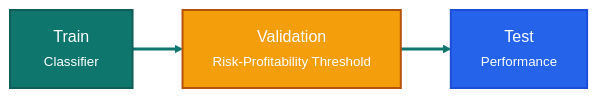
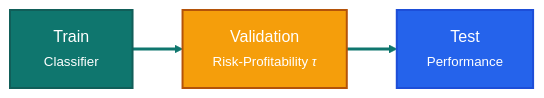
One commit to Pablo-Molla-Charlez/SecondaryModel changed the third of 3 diagrams in README.md. Above: the diagram before and after it, drawn with Mermaid.

````diff
--- a/README.md
+++ b/README.md
@@ -82,11 +82,11 @@
 ```mermaid
 %%{init: {'theme': 'base', 'themeVariables': { 'primaryColor': '#0f766e', 'primaryBorderColor': '#115e59', 'primaryTextColor': '#ffffff', 'secondaryColor': '#f59e0b', 'tertiaryColor': '#dbeafe', 'lineColor': '#0f172a', 'background': '#ffffff'}}}%%
 flowchart LR
-    A["&nbsp;&nbsp;&nbsp;Train&nbsp;&nbsp;&nbsp;<br/><small>Classifier</small>"]:::train --> V["&nbsp;&nbsp;Validation&nbsp;&nbsp;<br/><small>Risk-Profitability Threshold</small>"]:::val
+    A["&nbsp;&nbsp;&nbsp;Train&nbsp;&nbsp;&nbsp;<br/><small>Classifier</small>"]:::train --> V["&nbsp;&nbsp;Validation&nbsp;&nbsp;<br/><small>Risk-Profitability <i>τ</i></small>"]:::val
     V --> D["&nbsp;&nbsp;&nbsp;&nbsp;&nbsp;Test&nbsp;&nbsp;&nbsp;&nbsp;&nbsp;<br/><small>Performance</small>"]:::test
     
     classDef train fill:#0f766e,stroke:#115e59,color:#ffffff,stroke-width:2px;
     classDef val   fill:#f59e0b,stroke:#b45309,color:#ffffff,stroke-width:2px;
     classDef test  fill:#2563eb,stroke:#1d4ed8,color:#ffffff,stroke-width:2px;
     linkStyle default stroke:#0f766e,stroke-width:3px;
 ```
````
